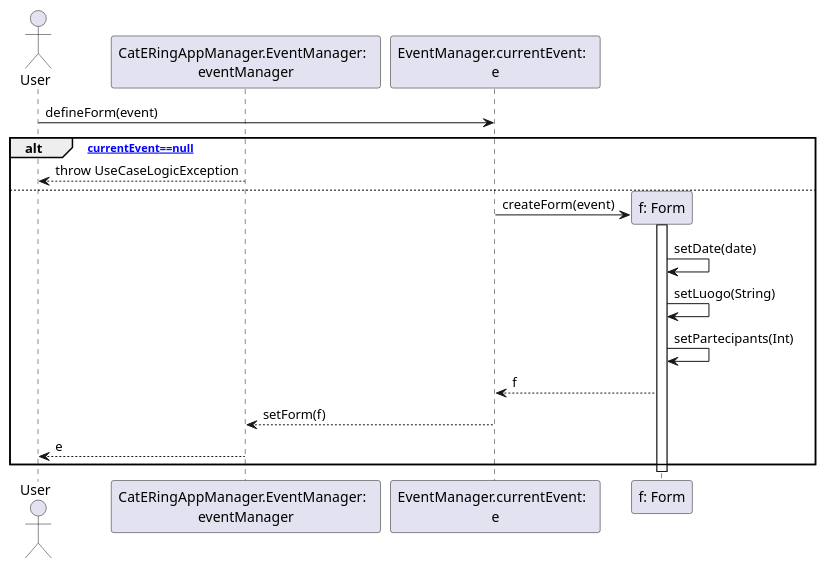
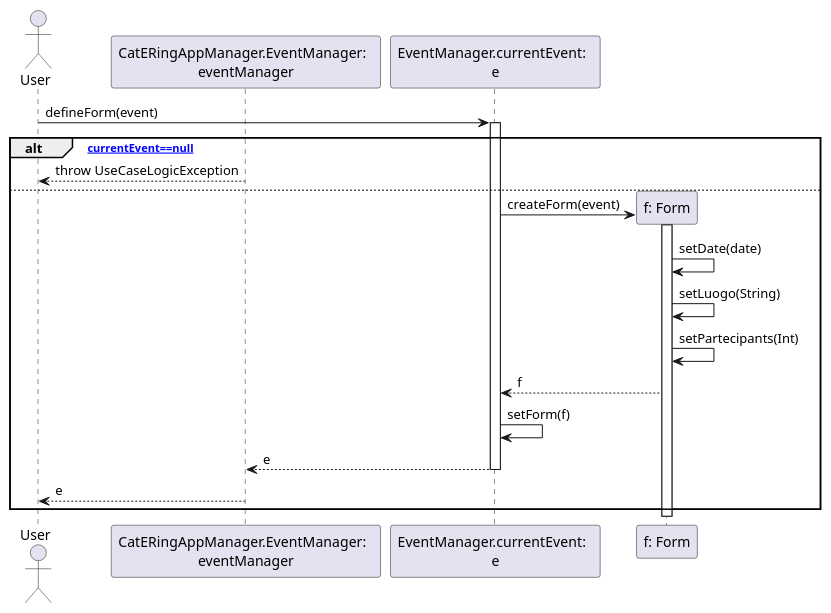
One commit to m0canu1/sas changed the diagram in dsd/dsd-eventi/compilaScheda.md. Above: the diagram before and after it, drawn with PlantUML.

Commit message:
Corretti alcuni errori in compilaSchede.md

````diff
--- a/dsd/dsd-eventi/compilaScheda.md
+++ b/dsd/dsd-eventi/compilaScheda.md
@@ -1,37 +1,42 @@
 ```plantuml
 Actor User
 Participant "CatERingAppManager.EventManager:  \neventManager"
 Participant "EventManager.currentEvent:  \ne"
 
 
 User -> "EventManager.currentEvent:  \ne": defineForm(event)
+Activate "EventManager.currentEvent:  \ne"   
 
 alt [currentEvent==null]
     "CatERingAppManager.EventManager:  \neventManager" --> User: throw UseCaseLogicException
 else
     
     create "f: Form"
     "EventManager.currentEvent:  \ne" -> "f: Form": createForm(event)
     Activate "f: Form"
 
     "f: Form" -> "f: Form": setDate(date)
     "f: Form" -> "f: Form": setLuogo(String)
     "f: Form" -> "f: Form": setPartecipants(Int)
 
-    "f: Form" --> "EventManager.currentEvent:  \ne": f 
+    "f: Form" --> "EventManager.currentEvent:  \ne": f
+    
+     "EventManager.currentEvent:  \ne" ->  "EventManager.currentEvent:  \ne": setForm(f)
 
-    "EventManager.currentEvent:  \ne" --> "CatERingAppManager.EventManager:  \neventManager": setForm(f)
+    "EventManager.currentEvent:  \ne" --> "CatERingAppManager.EventManager:  \neventManager": e
+    Deactivate "EventManager.currentEvent:  \ne"   
+    
     "CatERingAppManager.EventManager:  \neventManager" --> User: e
 end
     deactivate "f: Form"
 
 
 
 
 
 
 
 
 
 
 ```
````
